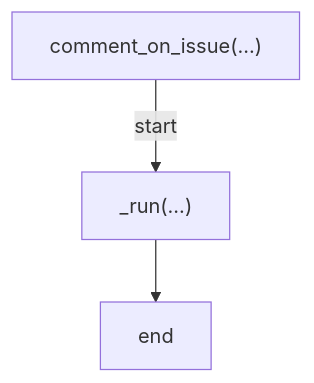
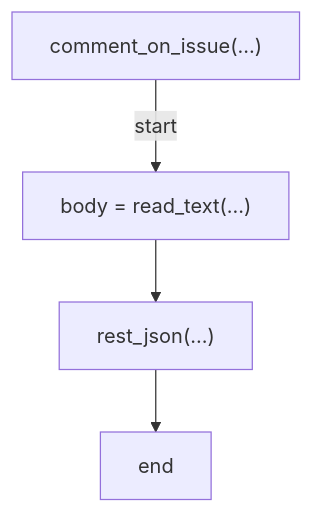
Diagram 11 of 25 in docs/generated/scripts/ast/branch_cleanup.md (tvna/claude-md), drawn with Mermaid before and after one commit. The commit also changed other lines of this file and 15 other files, not shown here.

First line of the commit message:
docs(generated): regenerate decision tree and workflow diagrams

````diff
--- a/docs/generated/scripts/ast/branch_cleanup.md
+++ b/docs/generated/scripts/ast/branch_cleanup.md
@@ -138,8 +153,10 @@
 ```mermaid
 flowchart TD
     N001["comment_on_issue(...)"]
-    N002["_run(...)"]
-    N003["end"]
+    N002["body = read_text(...)"]
+    N003["rest_json(...)"]
+    N004["end"]
     N001 -->|"start"| N002
     N002 --> N003
+    N003 --> N004
 ```
````
